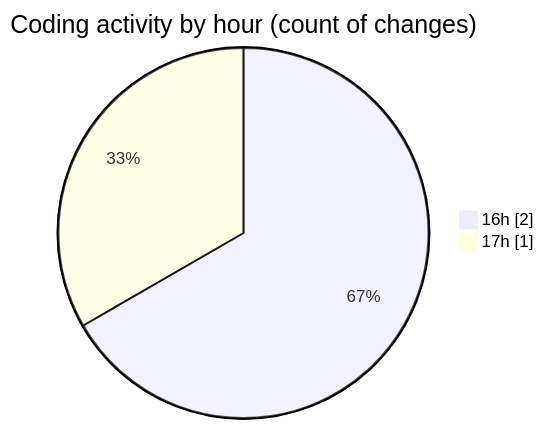
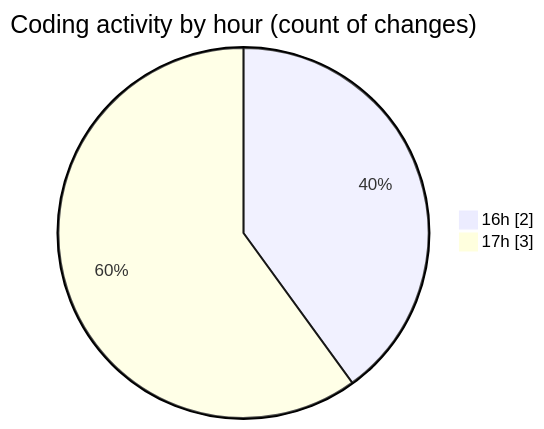
The second of 2 diagrams in 2026-05-21/nxtqube_webapp/README.md (nxtqubesakshisongat/code-tracking), drawn with Mermaid before and after one commit. The commit also changed other lines of this file and 1 other file, not shown here.

````diff
--- a/2026-05-21/nxtqube_webapp/README.md
+++ b/2026-05-21/nxtqube_webapp/README.md
@@ -30,6 +31,6 @@
 ```mermaid
 pie showData
 title Coding activity by hour (count of changes)
 "16h" : 2
-"17h" : 1
+"17h" : 3
 ```
````
